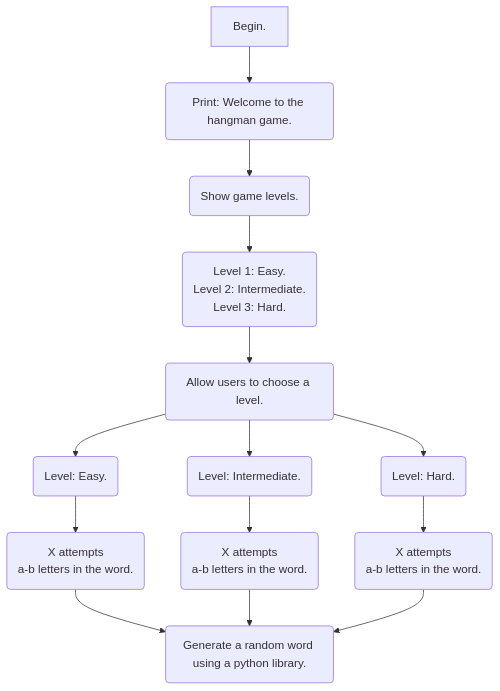
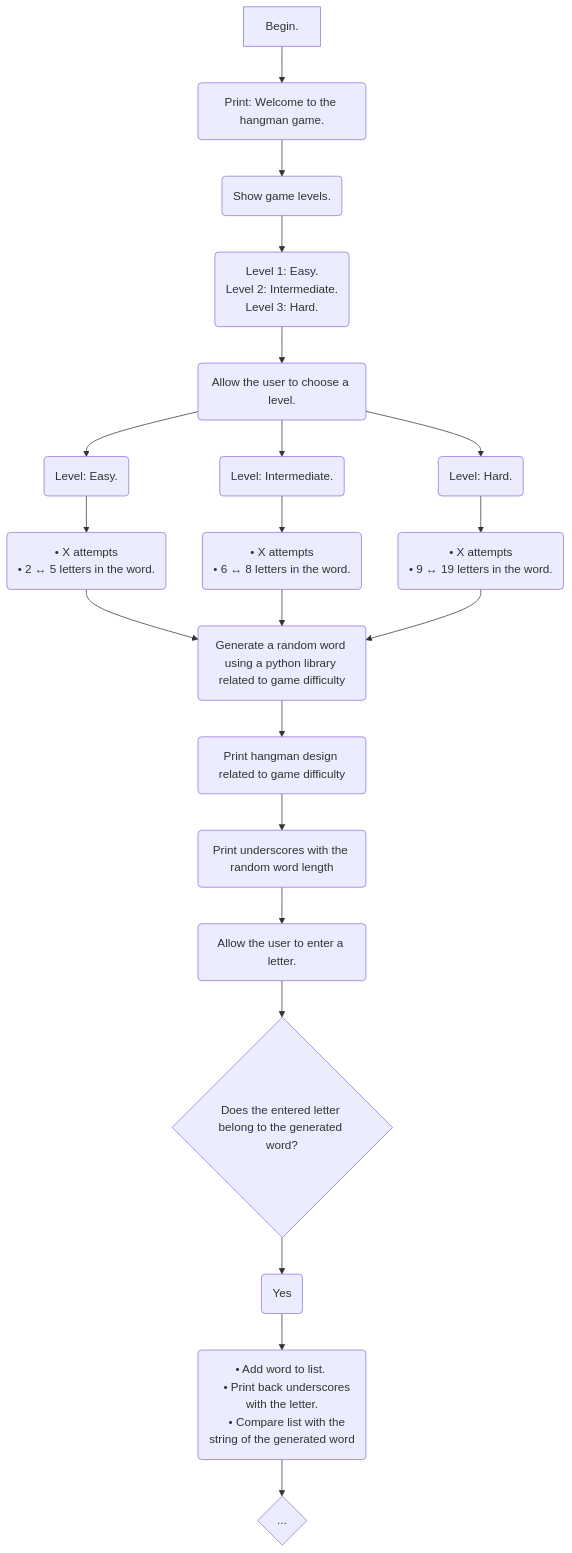
The diagram in README.md (JanaRubiano/Hangman_Game), drawn with Mermaid before and after one commit.

````diff
--- a/README.md
+++ b/README.md
@@ -31,21 +31,29 @@
 ```mermaid
 
 flowchart TD
 
     A[Begin.] -->B(Print: Welcome to the hangman game.) -->C(Show game levels.)
-    --> D("`Level 1: Easy.
+    --> D("Level 1: Easy.
     Level 2: Intermediate.
-    Level 3: Hard.`")
-    --> E(Allow users to choose a level.)
-    E --> F(Level: Easy.) --> I(" X attempts
-    a-b letters in the word.
+    Level 3: Hard.")
+    --> E(Allow the user to choose a level.)
+    E --> F(Level: Easy.) --> I(" • X attempts
+    • 2 ↔ 5 letters in the word.
     ") -->L
-    E --> G(Level: Intermediate.) --> J(" X attempts
-    a-b letters in the word.
+    E --> G(Level: Intermediate.) --> J(" •  X attempts
+    • 6 ↔ 8 letters in the word.
     ") -->L
-    E --> H(Level: Hard.) --> K(" X attempts
-    a-b letters in the word.
-    ")
-    --> L(Generate a random word using a python library.)
+    E --> H(Level: Hard.) --> K(" •  X attempts
+   •  9 ↔ 19 letters in the word.
+    ") 
+    --> L(Generate a random word using a python library related to game difficulty) 
+    --> N(Print hangman design related to game difficulty)
+    --> Q(Print underscores with the random word length)
+    --> W(Allow the user to enter a letter.)
+    --> R{Does the entered letter belong to the generated word?}
+    R -->Y(Yes) --> T(" • Add word to list. 
+    • Print back underscores with the letter.
+    • Compare list with the string of the generated word
+    ") -->U{...}
 
 ```
````
